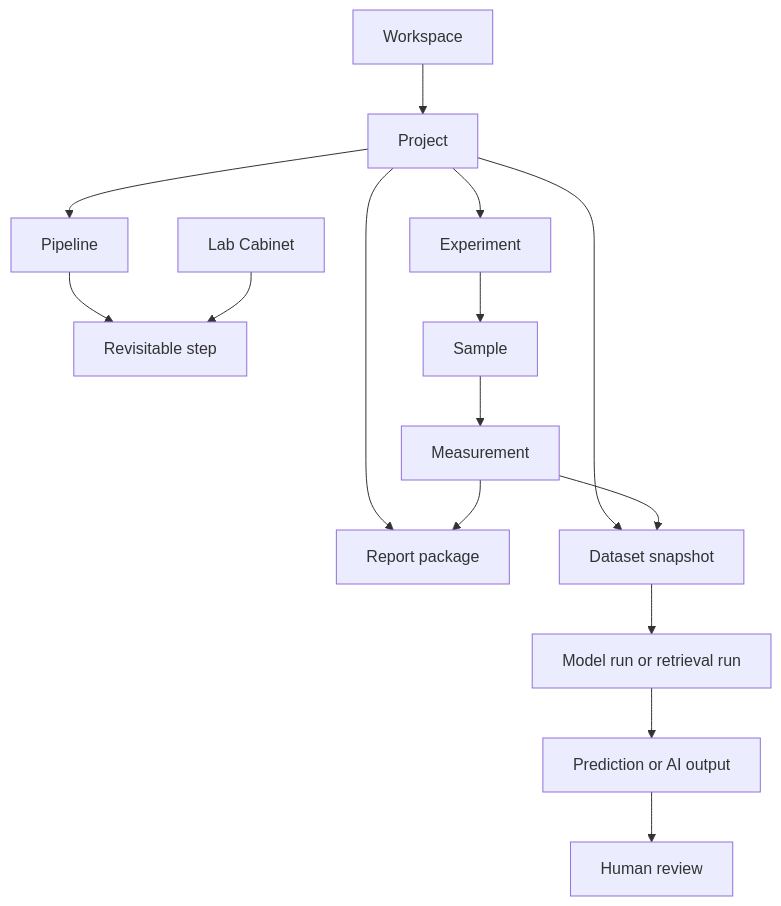
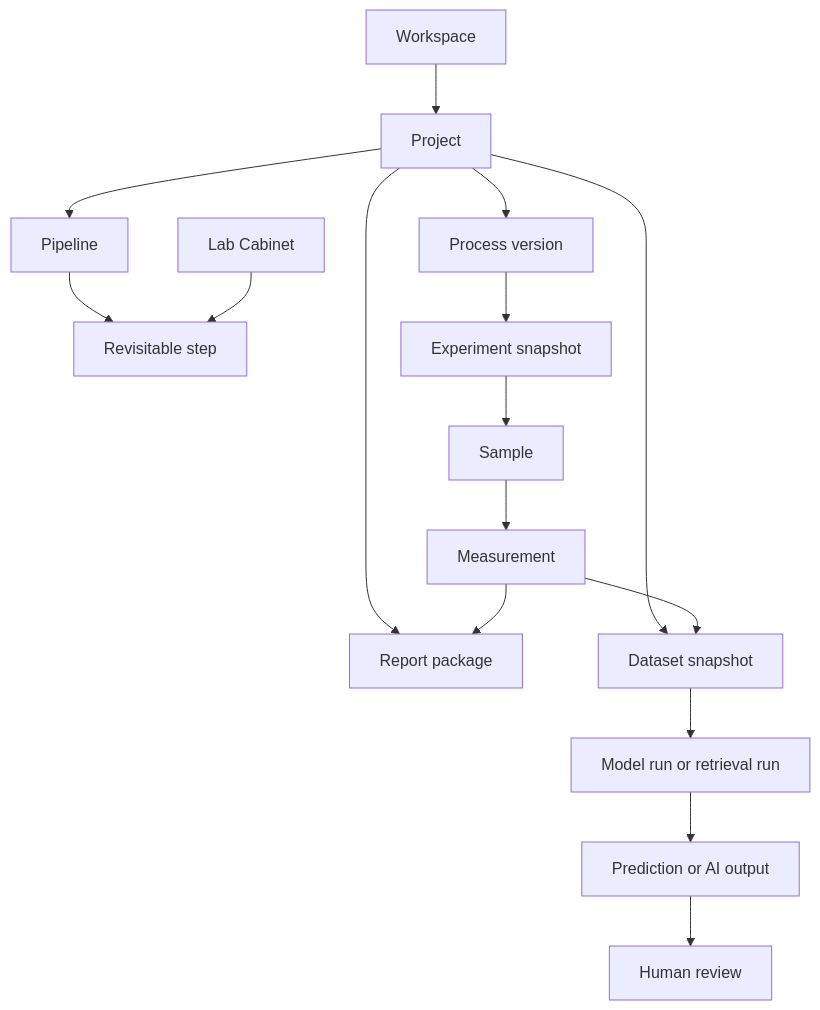
One commit to matginesi/LabFlow changed the first of 4 diagrams in docs/PROJECT.md. Above: the diagram before and after it, drawn with Mermaid. The commit also changed other lines of this file and 27 other files, not shown here.

````diff
--- a/docs/PROJECT.md
+++ b/docs/PROJECT.md
@@ -11,17 +11,18 @@
 ```mermaid
 flowchart TD
   A[Workspace] --> B[Project]
   B --> C[Pipeline]
   C --> D[Revisitable step]
-  B --> E[Experiment]
+  B --> P[Process version]
+  P --> E[Experiment snapshot]
   E --> F[Sample]
   F --> G[Measurement]
   B --> H[Report package]
   B --> J[Dataset snapshot]
   J --> K[Model run or retrieval run]
   K --> L[Prediction or AI output]
   L --> M[Human review]
   I[Lab Cabinet] --> D
   G --> H
   G --> J
 ```
````
